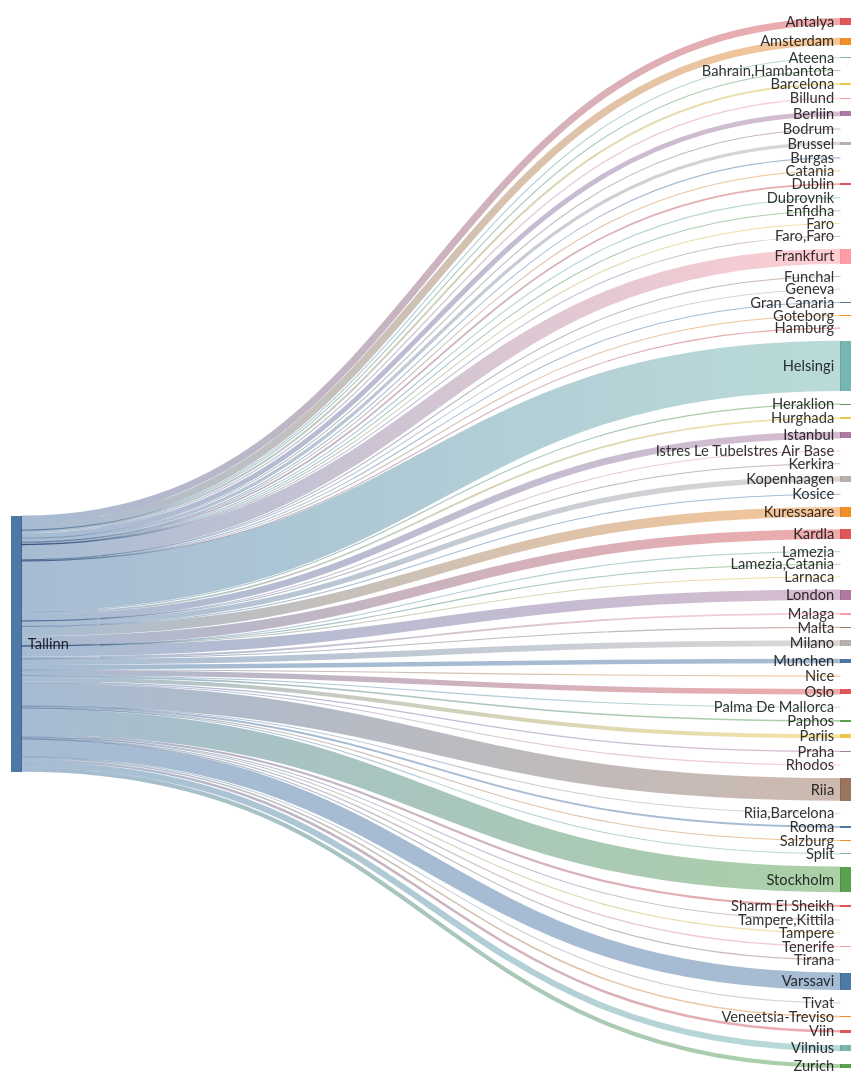
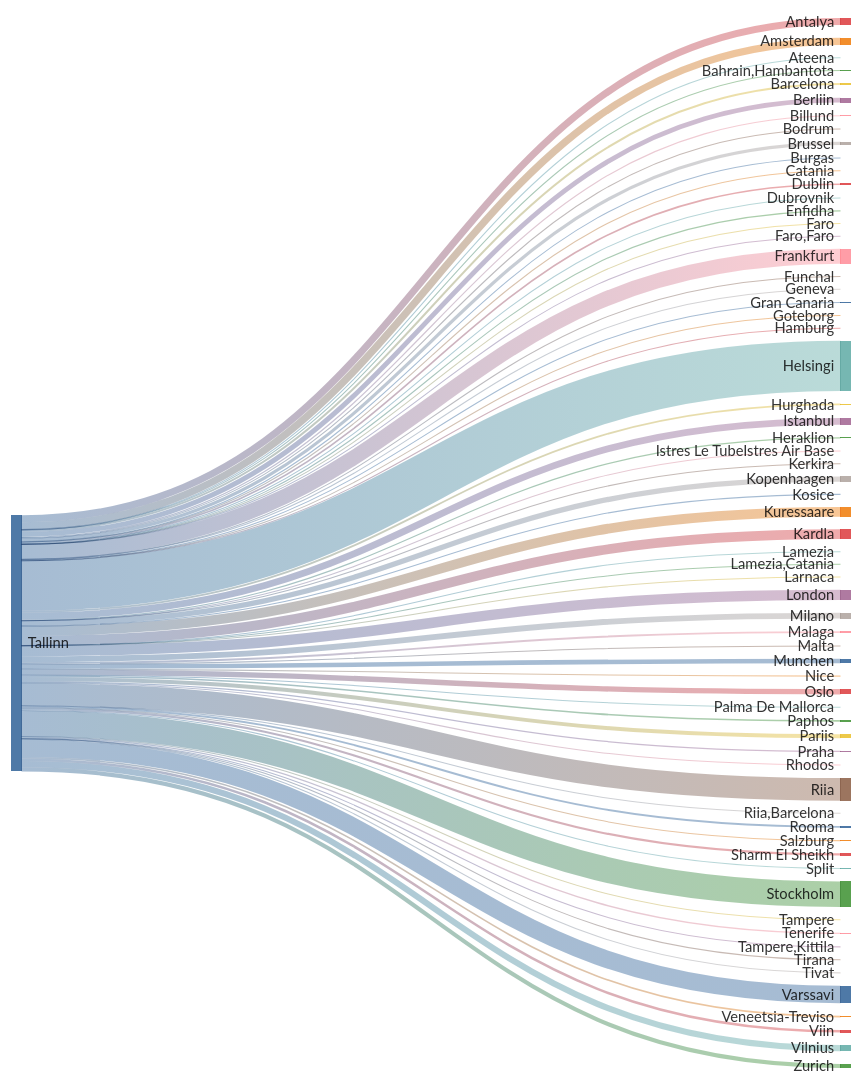
Before and after one commit to rainermesi/tll-airport-departures: the second of 2 diagrams in README.md, drawn with Mermaid. The commit also changed other lines of this file and 1 other file, not shown here.

````diff
--- a/README.md
+++ b/README.md
@@ -34,77 +34,77 @@
 ```mermaid
 ---
 config:
   sankey:
     showValues: false
     width: 800
     height: 1000
 ---
 sankey-beta
 %% source,target,value
-Tallinn,Amsterdam,301
-Tallinn,Antalya,290
+Tallinn,Amsterdam,303
+Tallinn,Antalya,293
 Tallinn,Ateena,16
 Tallinn,"Bahrain,Hambantota",1
 Tallinn,Barcelona,82
-Tallinn,Berliin,202
+Tallinn,Berliin,204
 Tallinn,Billund,50
 Tallinn,Bodrum,11
-Tallinn,Brussel,134
+Tallinn,Brussel,135
 Tallinn,Burgas,21
 Tallinn,Catania,2
 Tallinn,Dublin,69
 Tallinn,Dubrovnik,21
 Tallinn,Enfidha,7
 Tallinn,Faro,4
 Tallinn,"Faro,Faro",1
-Tallinn,Frankfurt,620
+Tallinn,Frankfurt,623
 Tallinn,Funchal,5
 Tallinn,Geneva,13
 Tallinn,Gran Canaria,38
 Tallinn,Goteborg,1
 Tallinn,Hamburg,2
-Tallinn,Helsingi,2084
+Tallinn,Helsingi,2094
 Tallinn,Heraklion,48
 Tallinn,Hurghada,75
-Tallinn,Istanbul,281
+Tallinn,Istanbul,283
 Tallinn,Istres Le TubeIstres Air Base,2
 Tallinn,Kerkira,4
-Tallinn,Kopenhaagen,222
+Tallinn,Kopenhaagen,225
 Tallinn,Kosice,1
-Tallinn,Kuressaare,405
-Tallinn,Kardla,405
+Tallinn,Kuressaare,407
+Tallinn,Kardla,407
 Tallinn,Lamezia,1
 Tallinn,"Lamezia,Catania",3
 Tallinn,Larnaca,4
-Tallinn,London,435
+Tallinn,London,436
 Tallinn,Malaga,80
 Tallinn,Malta,16
 Tallinn,Milano,246
-Tallinn,Munchen,187
+Tallinn,Munchen,189
 Tallinn,Nice,26
-Tallinn,Oslo,222
+Tallinn,Oslo,223
 Tallinn,Palma De Mallorca,20
 Tallinn,Paphos,66
-Tallinn,Pariis,166
+Tallinn,Pariis,168
 Tallinn,Praha,51
-Tallinn,Rhodos,33
-Tallinn,Riia,940
+Tallinn,Rhodos,34
+Tallinn,Riia,944
 Tallinn,"Riia,Barcelona",1
 Tallinn,Rooma,80
 Tallinn,Salzburg,14
 Tallinn,Sharm El Sheikh,91
 Tallinn,Split,27
-Tallinn,Stockholm,1066
+Tallinn,Stockholm,1071
 Tallinn,Tampere,17
 Tallinn,"Tampere,Kittila",21
 Tallinn,Tenerife,58
 Tallinn,Tirana,8
-Tallinn,Tivat,27
-Tallinn,Varssavi,723
+Tallinn,Tivat,28
+Tallinn,Varssavi,726
 Tallinn,Veneetsia-Treviso,67
 Tallinn,Viin,106
-Tallinn,Vilnius,255
-Tallinn,Zurich,173
+Tallinn,Vilnius,257
+Tallinn,Zurich,174
 
 
 ```
````
